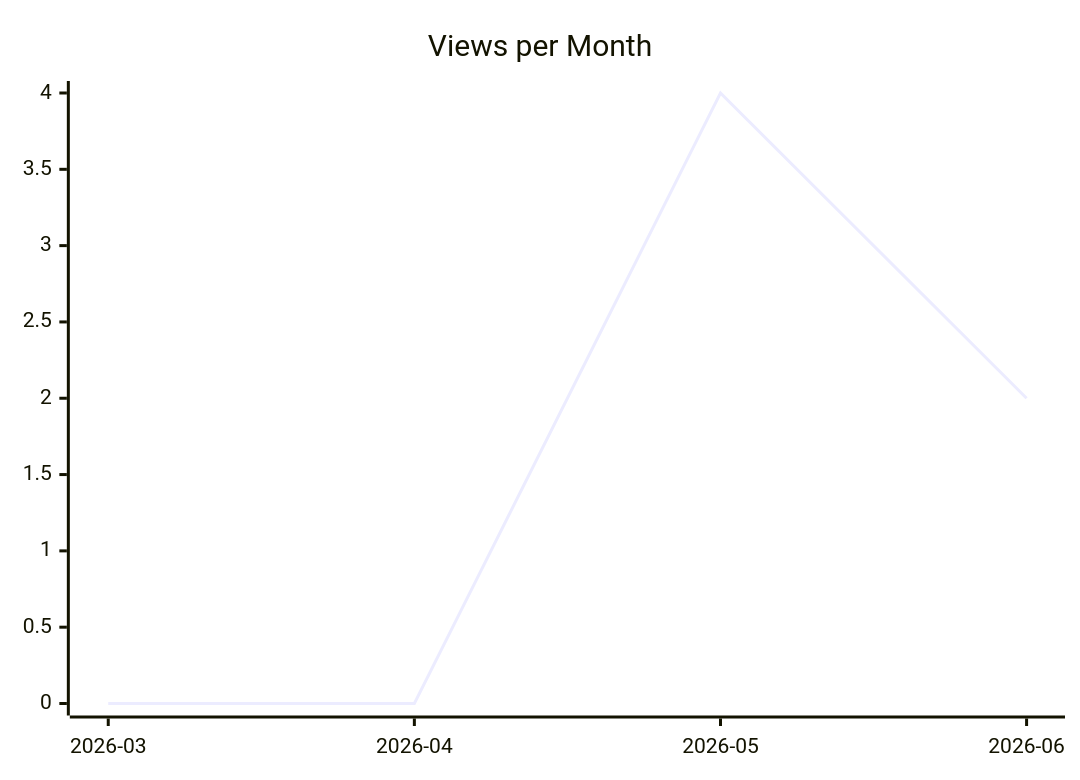
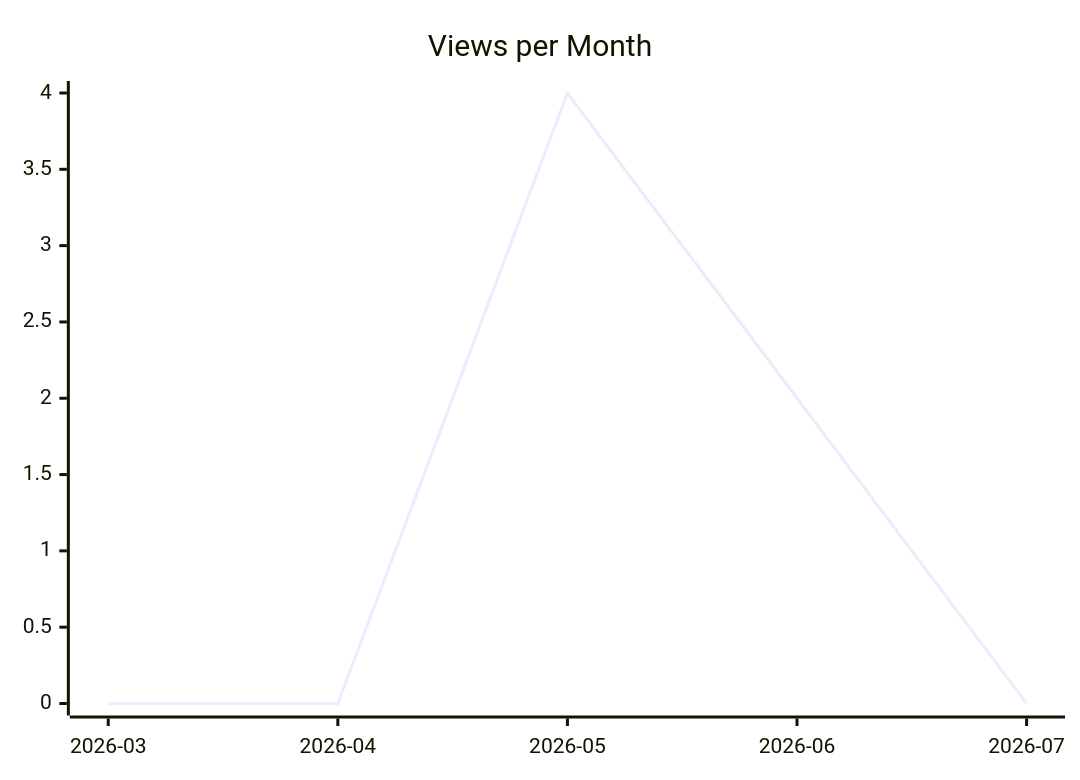
The second of 3 diagrams in karlmdavis/kobjects/README.md (justdavis-family/github-analytics-data), drawn with Mermaid before and after one commit. The commit also changed other lines of this file and 199 other files, not shown here.

````diff
--- a/karlmdavis/kobjects/README.md
+++ b/karlmdavis/kobjects/README.md
@@ -12,6 +12,6 @@
 ```mermaid
 xychart-beta
   title "Views per Month"
-  x-axis ["2026-03", "2026-04", "2026-05", "2026-06"]
-  line [0, 0, 4, 2]
+  x-axis ["2026-03", "2026-04", "2026-05", "2026-06", "2026-07"]
+  line [0, 0, 4, 2, 0]
 ```
````
